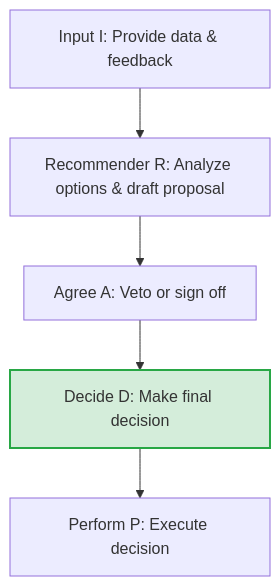
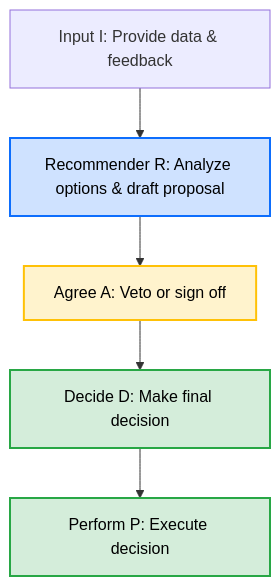
One commit to akshay-k-r/Interview-Prep-Resource changed the diagram in src/pages/06-behavioral-and-leadership/decision-making/index.mdx. Above: the diagram before and after it, drawn with Mermaid. The commit also changed 3 other files, not shown here.

Commit message:
Fixed broken diagram for few page

````diff
--- a/src/pages/06-behavioral-and-leadership/decision-making/index.mdx
+++ b/src/pages/06-behavioral-and-leadership/decision-making/index.mdx
@@ -50,9 +50,12 @@
 ```mermaid
 graph TD
     Input[Input I: Provide data & feedback] --> Recommender[Recommender R: Analyze options & draft proposal]
     Recommender --> Approver[Agree A: Veto or sign off]
     Approver --> Decider[Decide D: Make final decision]
     Decider --> Performer[Perform P: Execute decision]
     
-    style Decider fill:#d4edda,stroke:#28a745,stroke-width:2px
+    style Decider fill:#d4edda,stroke:#28a745,stroke-width:2px,color:black
+    style Approver fill:#fff3cd,stroke:#ffc107,stroke-width:2px,color:black
+    style Recommender fill:#cfe2ff,stroke:#0d6efd,stroke-width:2px,color:black
+    style Performer fill:#d4edda,stroke:#28a745,stroke-width:2px,color:black
 ```
````
